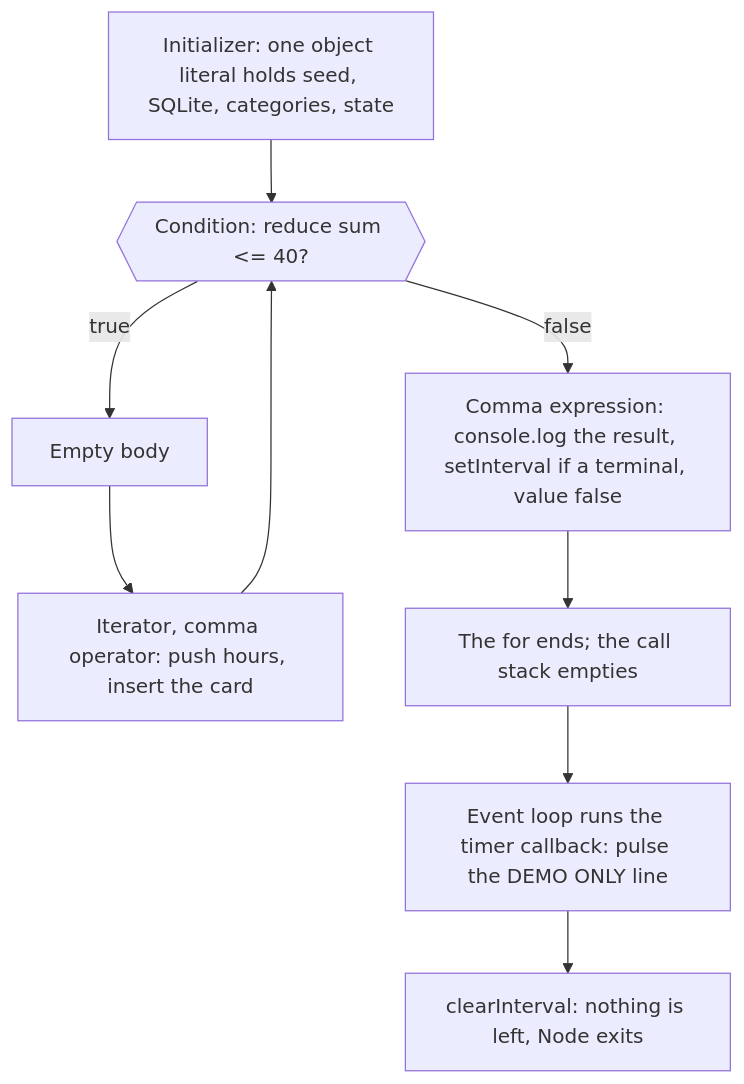
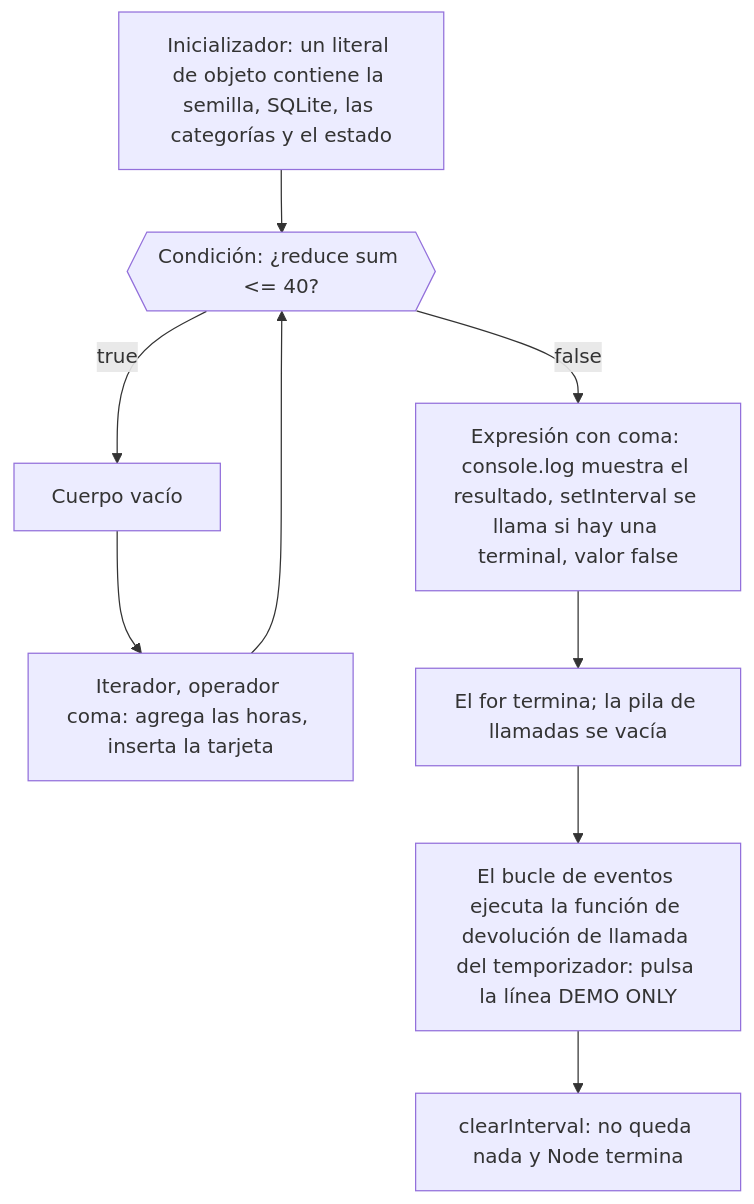
One commit to dullroar/aprende-a-programar-como-un-bicho-raro changed the diagram in src/javascript/README.md. Above: the diagram before and after it, drawn with Mermaid. The commit also changed other lines of this file and 13 other files, not shown here.

Commit message:
loop(P4-src-10): src/javascript and src/lisp-weird READMEs translated (157 segments); heading, spelled-out number, comma, Mermaid backtick and gloss fixes, verb and identifier waivers; anchors relinked

````diff
--- a/src/javascript/README.md
+++ b/src/javascript/README.md
@@ -66,13 +66,13 @@
 ```mermaid
 flowchart TD
-    accTitle: javascript: a for statement in Node whose condition prints the result and the event loop keeps the pulse alive
-    accDescr: A flowchart. The initializer builds one object literal with the seed generator, the SQLite database and the categories. The condition sums the hours with reduce and is true while the total is 40 or less. Then the empty body runs and the iterator pushes random hours and inserts a card with the comma operator. When the condition is false, a comma expression prints the result, starts a setInterval timer if the output is a terminal, and yields false, so the for ends. Node does not exit yet, because the timer is still registered. The event loop runs the timer callback, which pulses the DEMO ONLY line and then clears the timer, so Node exits.
-    A["Initializer: one object literal holds seed, SQLite, categories, state"] --> B{{"Condition: reduce sum <= 40?"}}
-    B -->|true| C["Empty body"]
-    C --> D["Iterator, comma operator: push hours, insert the card"]
+    accTitle: javascript: una sentencia for en Node cuya condición imprime el resultado y el bucle de eventos mantiene vivo el pulso
+    accDescr: Un diagrama de flujo. El inicializador construye un literal de objeto con el generador de semilla, la base de datos SQLite y las categorías. La condición suma las horas con reduce y es verdadera mientras el total no pase de 40. Luego se ejecuta el cuerpo vacío y el iterador agrega horas aleatorias e inserta una tarjeta con el operador coma. Cuando la condición es falsa, una expresión con coma imprime el resultado, inicia un temporizador setInterval si la salida es una terminal y produce false. Así termina el for. Node todavía no termina, porque el temporizador sigue registrado. El bucle de eventos ejecuta la función de devolución de llamada del temporizador, que hace pulsar la línea DEMO ONLY y después borra el temporizador, así que Node termina.
+    A["Inicializador: un literal de objeto contiene la semilla, SQLite, las categorías y el estado"] --> B{{"Condición: ¿reduce sum <= 40?"}}
+    B -->|true| C["Cuerpo vacío"]
+    C --> D["Iterador, operador coma: agrega las horas, inserta la tarjeta"]
     D --> B
-    B -->|false| E["Comma expression: console.log the result, setInterval if a terminal, value false"]
-    E --> F["The for ends; the call stack empties"]
-    F --> G["Event loop runs the timer callback: pulse the DEMO ONLY line"]
-    G --> H["clearInterval: nothing is left, Node exits"]
+    B -->|false| E["Expresión con coma: console.log muestra el resultado, setInterval se llama si hay una terminal, valor false"]
+    E --> F["El for termina; la pila de llamadas se vacía"]
+    F --> G["El bucle de eventos ejecuta la función de devolución de llamada del temporizador: pulsa la línea DEMO ONLY"]
+    G --> H["clearInterval: no queda nada y Node termina"]
 ```
````
